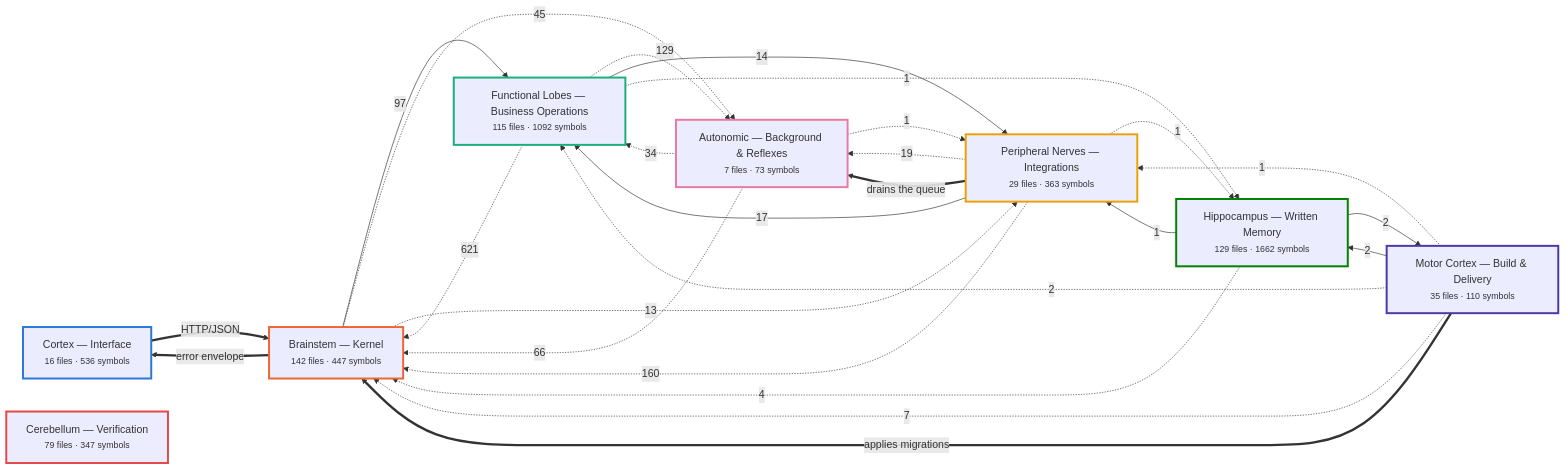
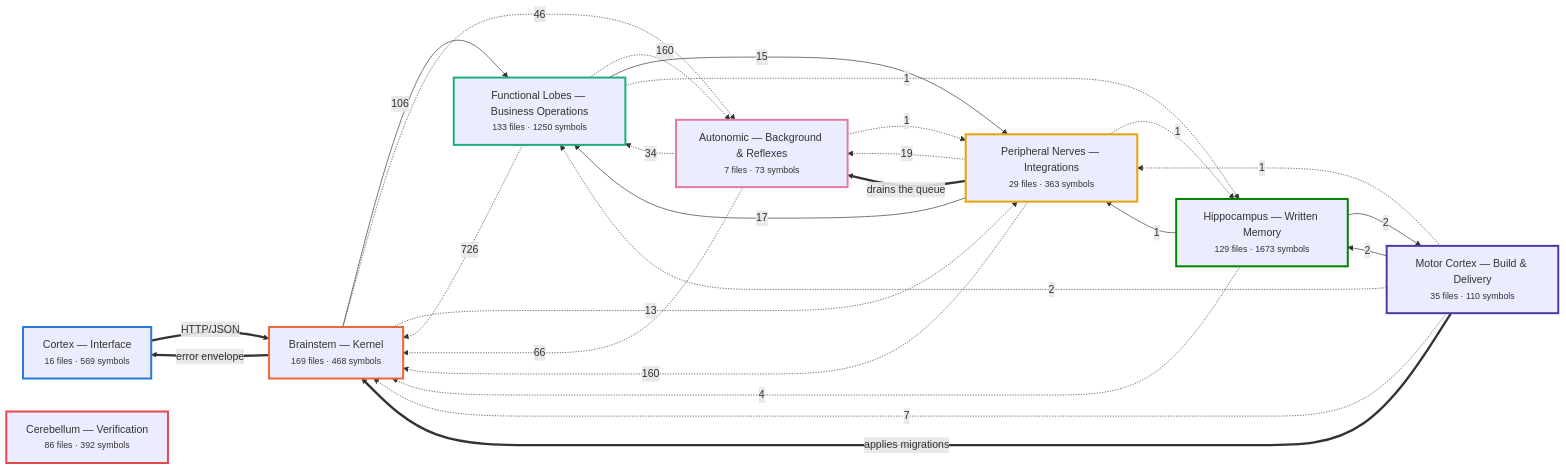
Before and after one commit to Vishalnayak226/custom_erp: the first of 7 diagrams in docs/brain/BRAIN.md, drawn with Mermaid. The commit also changed other lines of this file and 115 other files, not shown here.

````diff
--- a/docs/brain/BRAIN.md
+++ b/docs/brain/BRAIN.md
@@ -35,52 +35,52 @@
 ```mermaid
 flowchart LR
-  n_cortex["Cortex — Interface<br/><small>16 files · 536 symbols</small>"]
-  n_brainstem["Brainstem — Kernel<br/><small>142 files · 447 symbols</small>"]
-  n_business["Functional Lobes — Business Operations<br/><small>115 files · 1092 symbols</small>"]
+  n_cortex["Cortex — Interface<br/><small>16 files · 569 symbols</small>"]
+  n_brainstem["Brainstem — Kernel<br/><small>169 files · 468 symbols</small>"]
+  n_business["Functional Lobes — Business Operations<br/><small>133 files · 1250 symbols</small>"]
   n_peripheral["Peripheral Nerves — Integrations<br/><small>29 files · 363 symbols</small>"]
   n_autonomic["Autonomic — Background & Reflexes<br/><small>7 files · 73 symbols</small>"]
-  n_memory["Hippocampus — Written Memory<br/><small>129 files · 1662 symbols</small>"]
+  n_memory["Hippocampus — Written Memory<br/><small>129 files · 1673 symbols</small>"]
   n_motor["Motor Cortex — Build & Delivery<br/><small>35 files · 110 symbols</small>"]
-  n_verification["Cerebellum — Verification<br/><small>79 files · 347 symbols</small>"]
-  n_business -.->|621| n_brainstem
+  n_verification["Cerebellum — Verification<br/><small>86 files · 392 symbols</small>"]
+  n_business -.->|726| n_brainstem
+  n_business -.->|160| n_autonomic
   n_peripheral -.->|160| n_brainstem
-  n_business -.->|129| n_autonomic
-  n_brainstem -->|97| n_business
+  n_brainstem -->|106| n_business
   n_autonomic -.->|66| n_brainstem
-  n_brainstem -.->|45| n_autonomic
+  n_brainstem -.->|46| n_autonomic
   n_autonomic -.->|34| n_business
   n_peripheral -.->|19| n_autonomic
   n_peripheral -->|17| n_business
-  n_business -->|14| n_peripheral
+  n_business -->|15| n_peripheral
   n_brainstem -.->|13| n_peripheral
   n_motor -.->|7| n_brainstem
   n_memory -.->|4| n_brainstem
+  n_motor -->|2| n_memory
   n_memory -->|2| n_motor
-  n_motor -->|2| n_memory
   n_motor -.->|2| n_business
+  n_memory -->|1| n_peripheral
+  n_peripheral -.->|1| n_memory
+  n_motor -.->|1| n_peripheral
+  n_autonomic -.->|1| n_peripheral
   n_business -.->|1| n_memory
-  n_autonomic -.->|1| n_peripheral
-  n_memory -->|1| n_peripheral
-  n_motor -.->|1| n_peripheral
-  n_peripheral -.->|1| n_memory
   n_brainstem ==>|error envelope| n_cortex
   n_cortex ==>|HTTP/JSON| n_brainstem
   n_motor ==>|applies migrations| n_brainstem
   n_peripheral ==>|drains the queue| n_autonomic
   classDef n_cortex stroke:#2a78d6,stroke-width:3px;
   class n_cortex n_cortex;
   classDef n_brainstem stroke:#eb6834,stroke-width:3px;
   class n_brainstem n_brainstem;
   classDef n_business stroke:#1baf7a,stroke-width:3px;
   class n_business n_business;
   classDef n_peripheral stroke:#eda100,stroke-width:3px;
   class n_peripheral n_peripheral;
   classDef n_autonomic stroke:#e87ba4,stroke-width:3px;
   class n_autonomic n_autonomic;
   classDef n_memory stroke:#008300,stroke-width:3px;
   class n_memory n_memory;
   classDef n_motor stroke:#4a3aa7,stroke-width:3px;
   class n_motor n_motor;
   classDef n_verification stroke:#e34948,stroke-width:3px;
   class n_verification n_verification;
 ```
````
